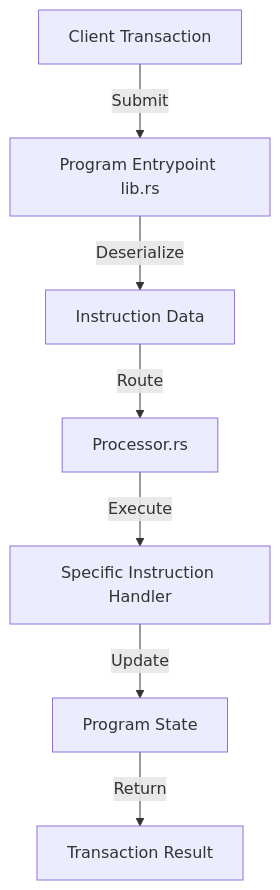
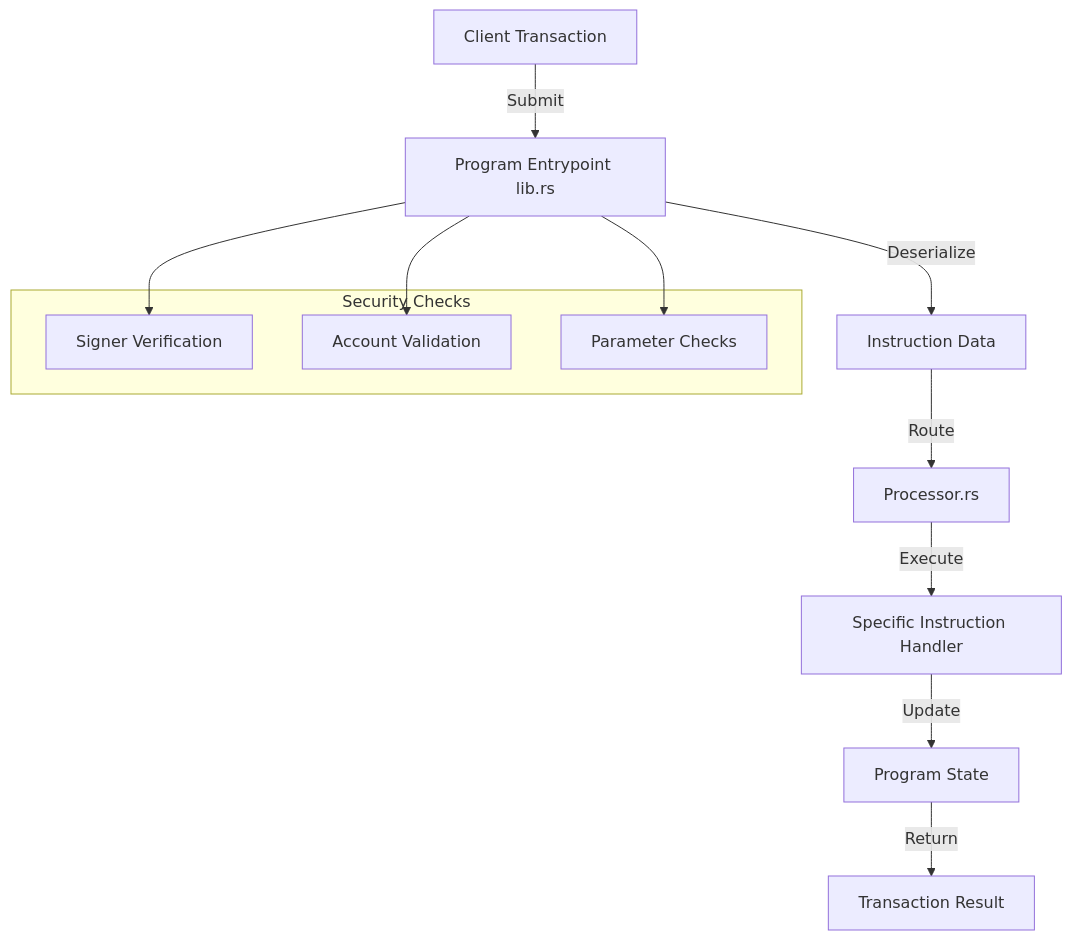
Before and after one commit to twannasleep/simple-token-exchange: the first of 8 diagrams in docs/code-workflow.md, drawn with Mermaid. The commit also changed other lines of this file and 2 other files, not shown here.

````diff
--- a/docs/code-workflow.md
+++ b/docs/code-workflow.md
@@ -5,9 +5,19 @@
 ```mermaid
 graph TD
     A[Client Transaction] -->|Submit| B[Program Entrypoint lib.rs]
     B -->|Deserialize| C[Instruction Data]
     C -->|Route| D[Processor.rs]
     D -->|Execute| E[Specific Instruction Handler]
     E -->|Update| F[Program State]
     F -->|Return| G[Transaction Result]
+
+    subgraph Security Checks
+        H[Signer Verification]
+        I[Account Validation]
+        J[Parameter Checks]
+    end
+
+    B --> H
+    B --> I
+    B --> J
 ```
````
